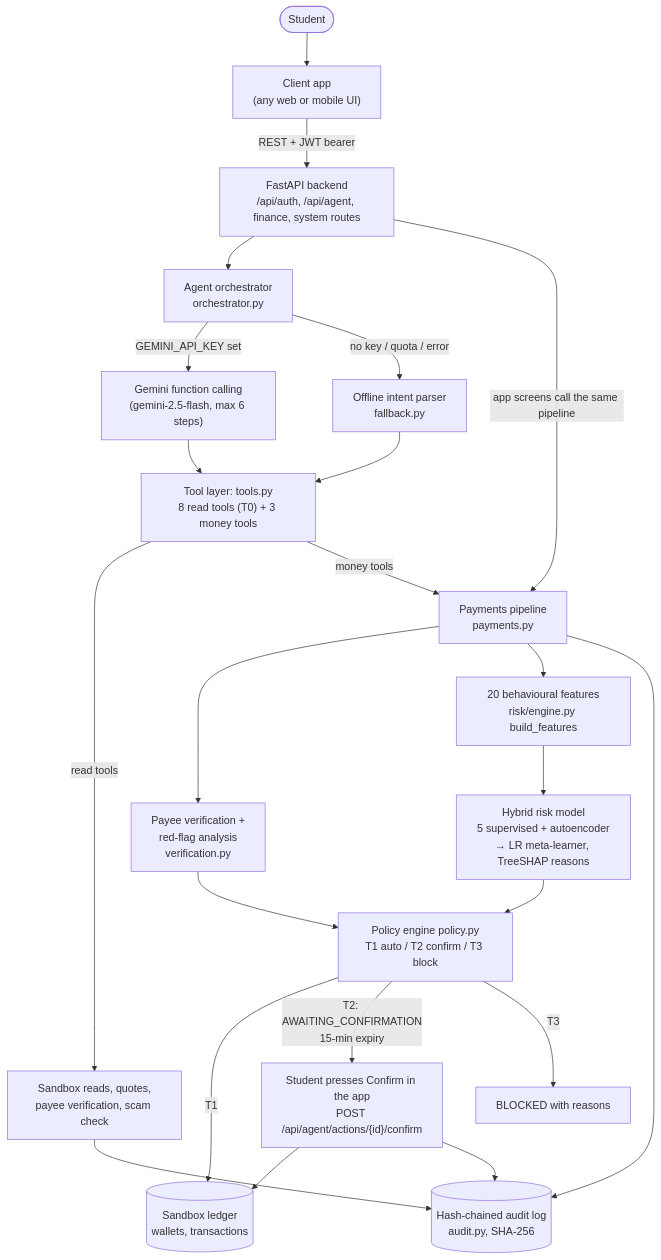
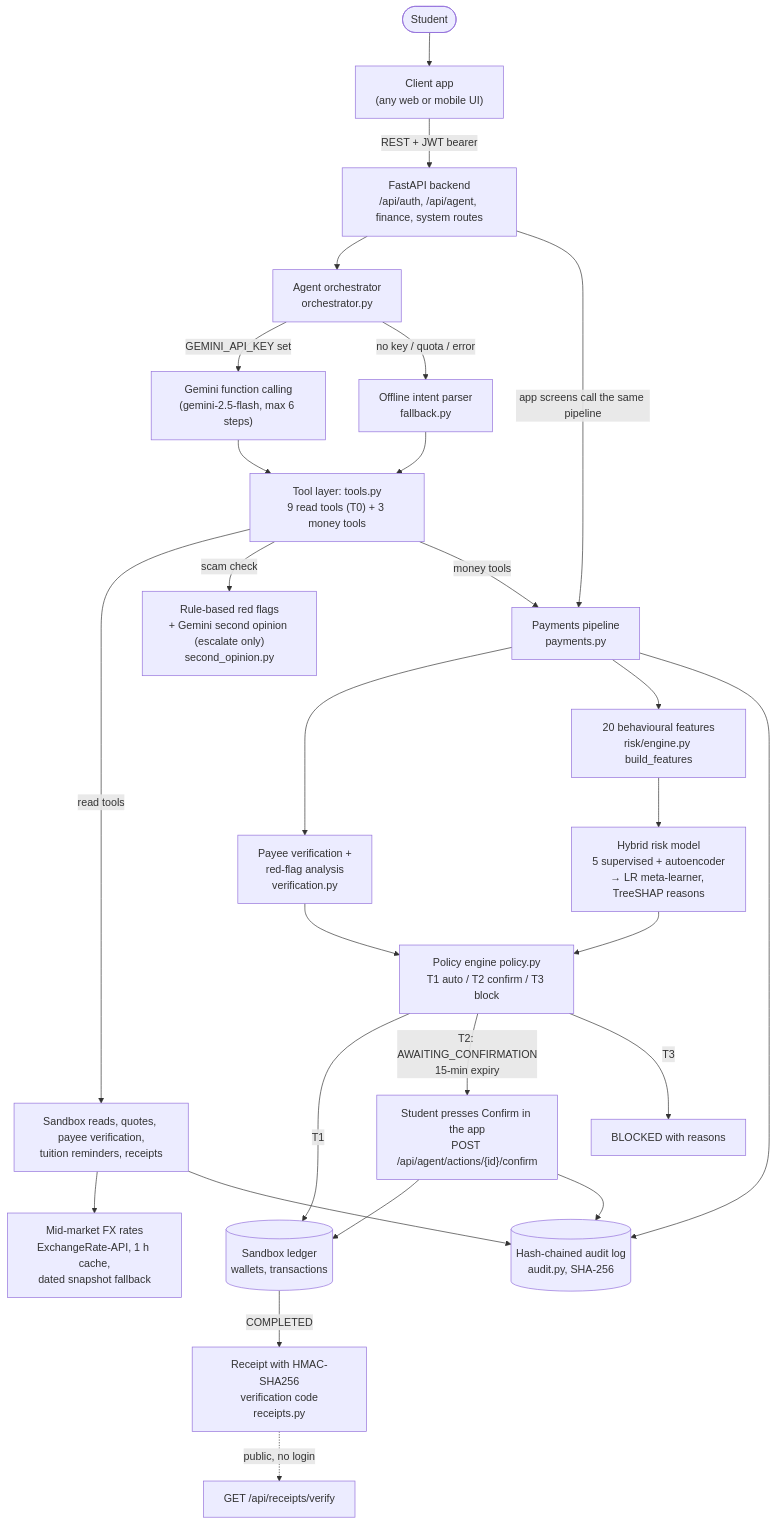
One commit to Kiyas-Mahmud/MoneyMate-Agent changed the diagram in docs/TECHNICAL_DOCUMENTATION.md. Above: the diagram before and after it, drawn with Mermaid. The commit also changed other lines of this file and 21 other files, not shown here.

First line of the commit message:
Add deadline reminders, payment receipts, live FX and scam second opinion

````diff
--- a/docs/TECHNICAL_DOCUMENTATION.md
+++ b/docs/TECHNICAL_DOCUMENTATION.md
@@ -44,30 +46,34 @@
 ```mermaid
 flowchart TD
     S([Student]) --> UI["Client app<br/>(any web or mobile UI)"]
     UI -- "REST + JWT bearer" --> API["FastAPI backend<br/>/api/auth, /api/agent, finance, system routes"]
 
     API --> ORCH["Agent orchestrator<br/>orchestrator.py"]
     ORCH -- "GEMINI_API_KEY set" --> GEM["Gemini function calling<br/>(gemini-2.5-flash, max 6 steps)"]
     ORCH -- "no key / quota / error" --> FB["Offline intent parser<br/>fallback.py"]
-    GEM --> TOOLS["Tool layer: tools.py<br/>8 read tools (T0) + 3 money tools"]
+    GEM --> TOOLS["Tool layer: tools.py<br/>9 read tools (T0) + 3 money tools"]
     FB --> TOOLS
 
     API -- "app screens call the same pipeline" --> PAY
-    TOOLS -- "read tools" --> READ["Sandbox reads, quotes,<br/>payee verification, scam check"]
+    TOOLS -- "read tools" --> READ["Sandbox reads, quotes, payee verification,<br/>tuition reminders, receipts"]
+    TOOLS -- "scam check" --> SC["Rule-based red flags<br/>+ Gemini second opinion (escalate only)<br/>second_opinion.py"]
+    READ --> FX["Mid-market FX rates<br/>ExchangeRate-API, 1 h cache,<br/>dated snapshot fallback"]
     TOOLS -- "money tools" --> PAY["Payments pipeline<br/>payments.py"]
 
     PAY --> VER["Payee verification +<br/>red-flag analysis<br/>verification.py"]
     PAY --> FEAT["20 behavioural features<br/>risk/engine.py build_features"]
     FEAT --> RISK["Hybrid risk model<br/>5 supervised + autoencoder<br/>→ LR meta-learner, TreeSHAP reasons"]
     VER --> POL
     RISK --> POL["Policy engine policy.py<br/>T1 auto / T2 confirm / T3 block"]
 
     POL -- "T1" --> LEDGER[("Sandbox ledger<br/>wallets, transactions")]
     POL -- "T2: AWAITING_CONFIRMATION<br/>15-min expiry" --> CONF["Student presses Confirm in the app<br/>POST /api/agent/actions/{id}/confirm"]
     CONF --> LEDGER
     POL -- "T3" --> BLK["BLOCKED with reasons"]
+    LEDGER -- "COMPLETED" --> RCPT["Receipt with HMAC-SHA256<br/>verification code<br/>receipts.py"]
+    RCPT -. "public, no login" .-> VERIFY["GET /api/receipts/verify"]
 
     PAY --> AUD[("Hash-chained audit log<br/>audit.py, SHA-256")]
     CONF --> AUD
     READ --> AUD
 ```
````
